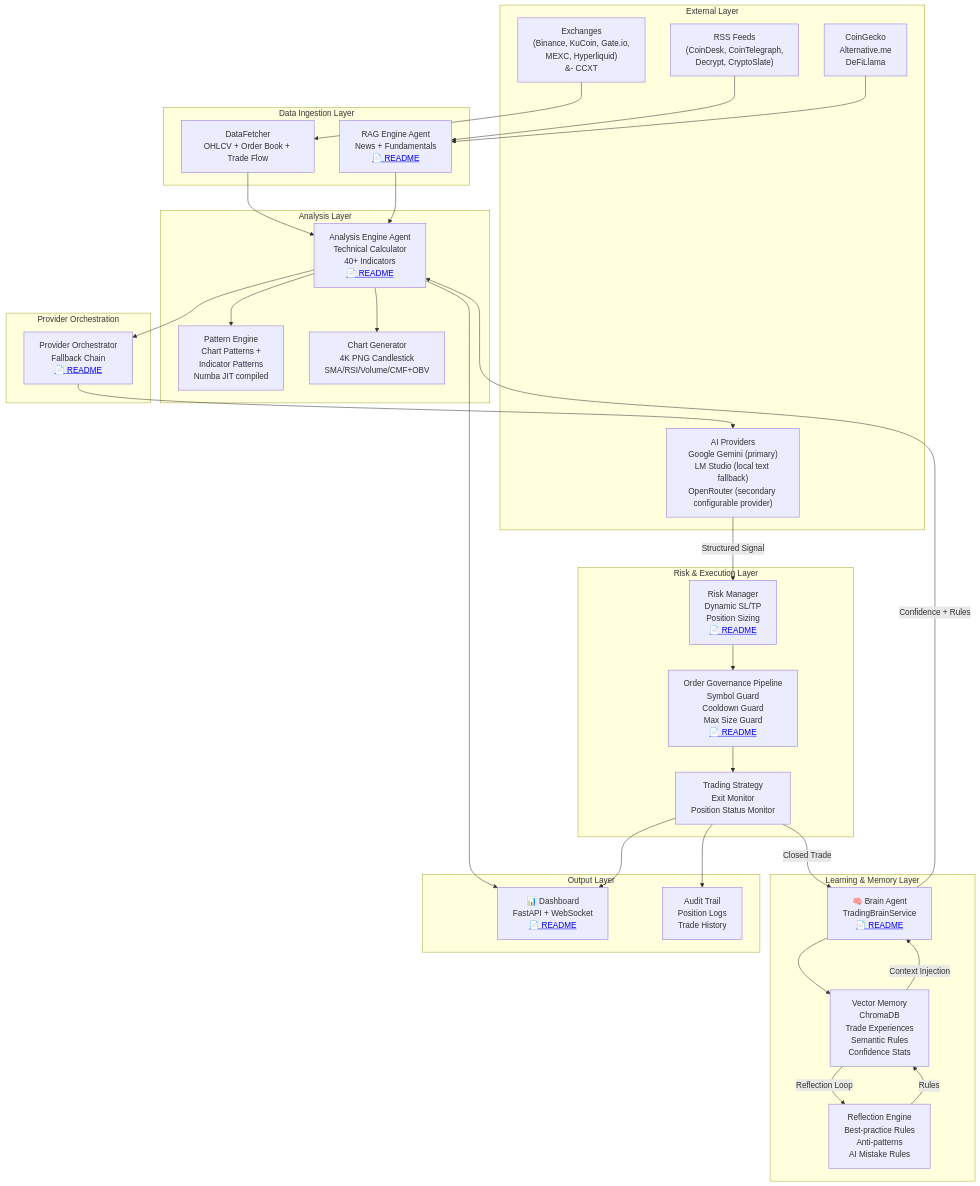
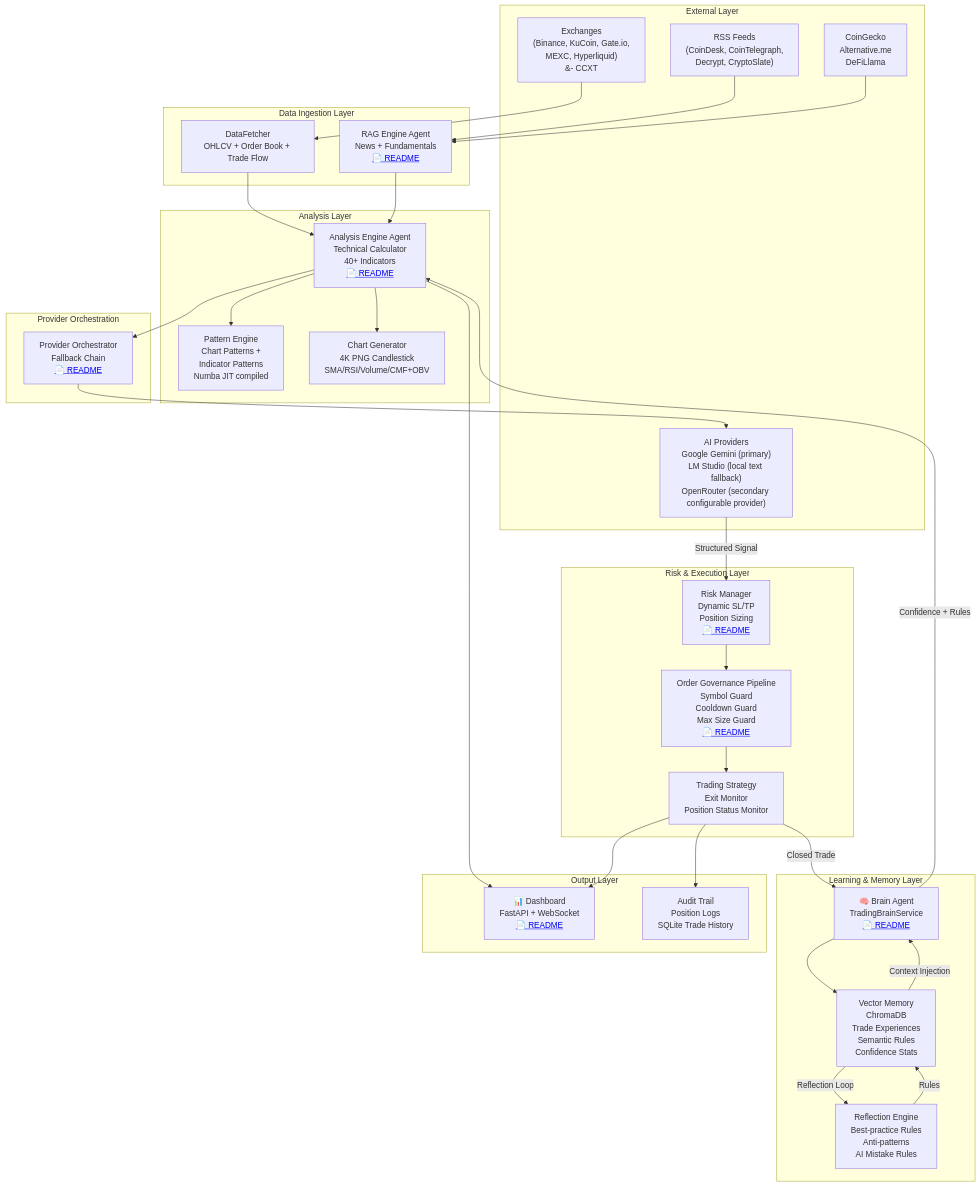
Before and after one commit to qrak/LLM_trader: the diagram in AGENTS.md, drawn with Mermaid. The commit also changed other lines of this file and 35 other files, not shown here.

````diff
--- a/AGENTS.md
+++ b/AGENTS.md
@@ -25,68 +25,68 @@
 ```mermaid
 flowchart TB
     subgraph External["External Layer"]
         EX["Exchanges<br/>(Binance, KuCoin, Gate.io,<br/>MEXC, Hyperliquid)<br/>&#8209; CCXT"]
         CG["CoinGecko<br/>Alternative.me<br/>DeFiLlama"]
         RSS["RSS Feeds<br/>(CoinDesk, CoinTelegraph,<br/>Decrypt, CryptoSlate)"]
         AI_PROV["AI Providers<br/>Google Gemini (primary)<br/>LM Studio (local text fallback)<br/>OpenRouter (secondary configurable provider)"]
     end
 
     subgraph DataIngestion["Data Ingestion Layer"]
         DF["DataFetcher<br/>OHLCV + Order Book + Trade Flow"]
         RAG["RAG Engine Agent<br/>News + Fundamentals<br/><a href='./src/rag/AGENTS.md'>📄 README</a>"]
     end
 
     subgraph AnalysisLayer["Analysis Layer"]
         TA["Analysis Engine Agent<br/>Technical Calculator<br/>40+ Indicators<br/><a href='./src/analyzer/AGENTS.md'>📄 README</a>"]
         PE["Pattern Engine<br/>Chart Patterns +<br/>Indicator Patterns<br/>Numba JIT compiled"]
         CGEN["Chart Generator<br/>4K PNG Candlestick<br/>SMA/RSI/Volume/CMF+OBV"]
     end
 
     subgraph BrainLayer["Learning & Memory Layer"]
         BRAIN["🧠 Brain Agent<br/>TradingBrainService<br/><a href='./src/trading/AGENTS.md'>📄 README</a>"]
         VM["Vector Memory<br/>ChromaDB<br/>Trade Experiences<br/>Semantic Rules<br/>Confidence Stats"]
         REFL["Reflection Engine<br/>Best‑practice Rules<br/>Anti‑patterns<br/>AI Mistake Rules"]
     end
 
     subgraph RiskLayer["Risk & Execution Layer"]
         RP["Risk Manager<br/>Dynamic SL/TP<br/>Position Sizing<br/><a href='./src/managers/AGENTS.md'>📄 README</a>"]
         GP["Order Governance Pipeline<br/>Symbol Guard<br/>Cooldown Guard<br/>Max Size Guard<br/><a href='./src/trading/guards/AGENTS.md'>📄 README</a>"]
         STRAT["Trading Strategy<br/>Exit Monitor<br/>Position Status Monitor"]
     end
 
     subgraph Output["Output Layer"]
         DASH["📊 Dashboard<br/>FastAPI + WebSocket<br/><a href='./src/dashboard/AGENTS.md'>📄 README</a>"]
-        LOGS["Audit Trail<br/>Position Logs<br/>Trade History"]
+        LOGS["Audit Trail<br/>Position Logs<br/>SQLite Trade History"]
     end
 
     subgraph Providers["Provider Orchestration"]
         PO["Provider Orchestrator<br/>Fallback Chain<br/><a href='./src/managers/AGENTS.md'>📄 README</a>"]
     end
 
     %% Data Flow
     EX --> DF
     RSS --> RAG
     CG --> RAG
     DF --> TA
     TA --> PE
     TA --> CGEN
     
     RAG --> TA
     TA --> PO
     PO --> AI_PROV
     
     AI_PROV -->|"Structured Signal"| RP
     RP --> GP
     GP --> STRAT
     
     STRAT -->|"Closed Trade"| BRAIN
     BRAIN --> VM
     VM -->|"Reflection Loop"| REFL
     REFL -->|"Rules"| VM
     VM -->|"Context Injection"| BRAIN
     BRAIN -->|"Confidence + Rules"| TA
     
     TA --> DASH
     STRAT --> DASH
     STRAT --> LOGS
 ```
````
